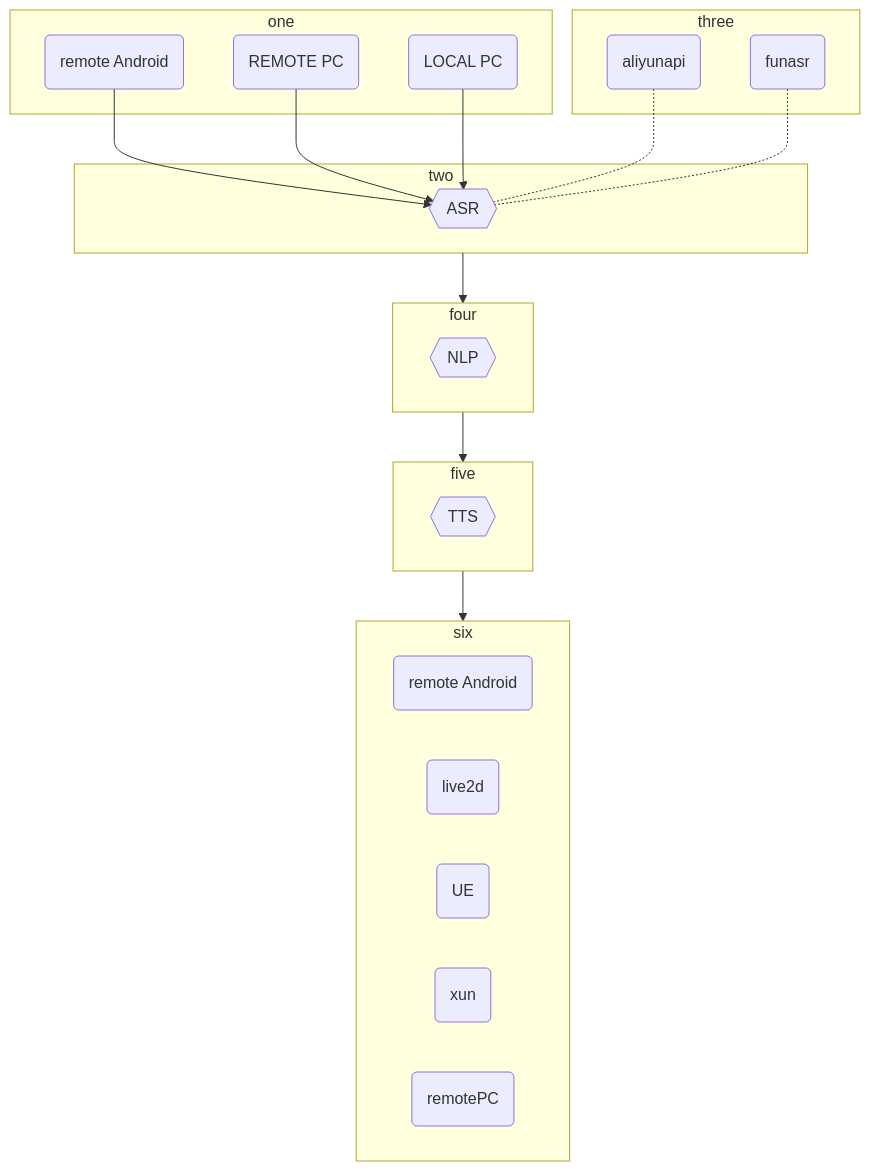
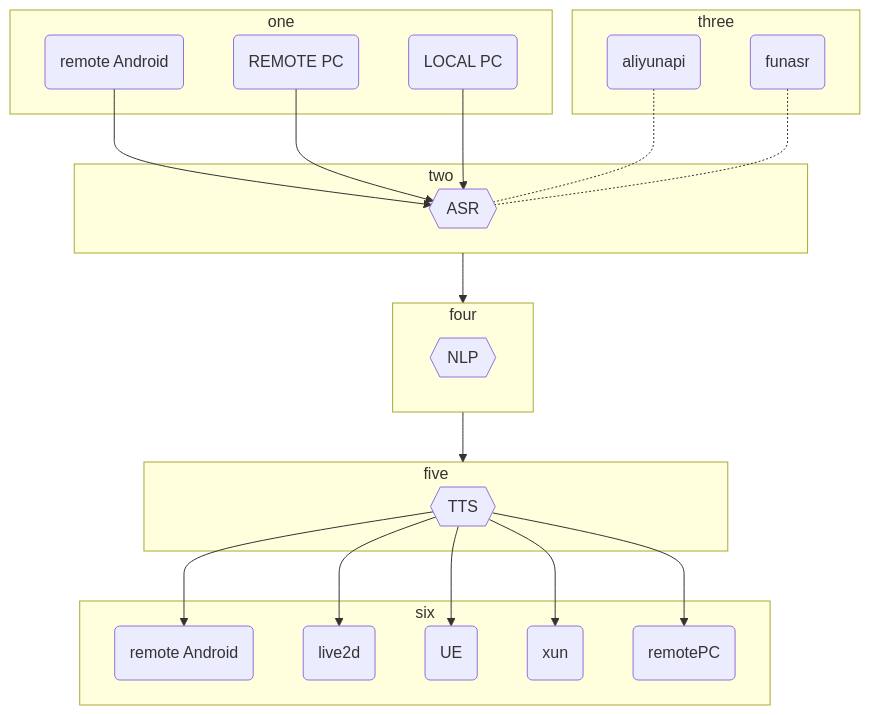
Before and after one commit to Luckyyaheen/testmd: the diagram in README.md, drawn with Mermaid.

````diff
--- a/README.md
+++ b/README.md
@@ -2,48 +2,53 @@
 ```mermaid
 flowchart TB
 
     aa-->asr
     cc-->asr
     bb-->asr
 
     aliyun-.-asr
     funasr-.-asr
 
+    tts-->sixa
+    tts-->sixb
+    tts-->sixc
+    tts-->sixd
+    tts-->sixe
 
     subgraph one
     aa("remote Android")
     cc("REMOTE PC")
     bb("LOCAL PC")
     end
 
     subgraph two
     asr{{"ASR"}}
     end
 
     subgraph three
     aliyun("aliyunapi")
     funasr("funasr")  
     end
 
     subgraph four
     nlp{{"NLP"}}
     end
 
     subgraph five
     tts{{"TTS"}}
     end
 
 
     subgraph six
     sixa("remote Android")
     sixb("live2d")
     sixc("UE")
     sixd("xun")
     sixe("remotePC")
     end
 
     two --> four
     four --> five
-    five --> six
+
 
 ```
````
